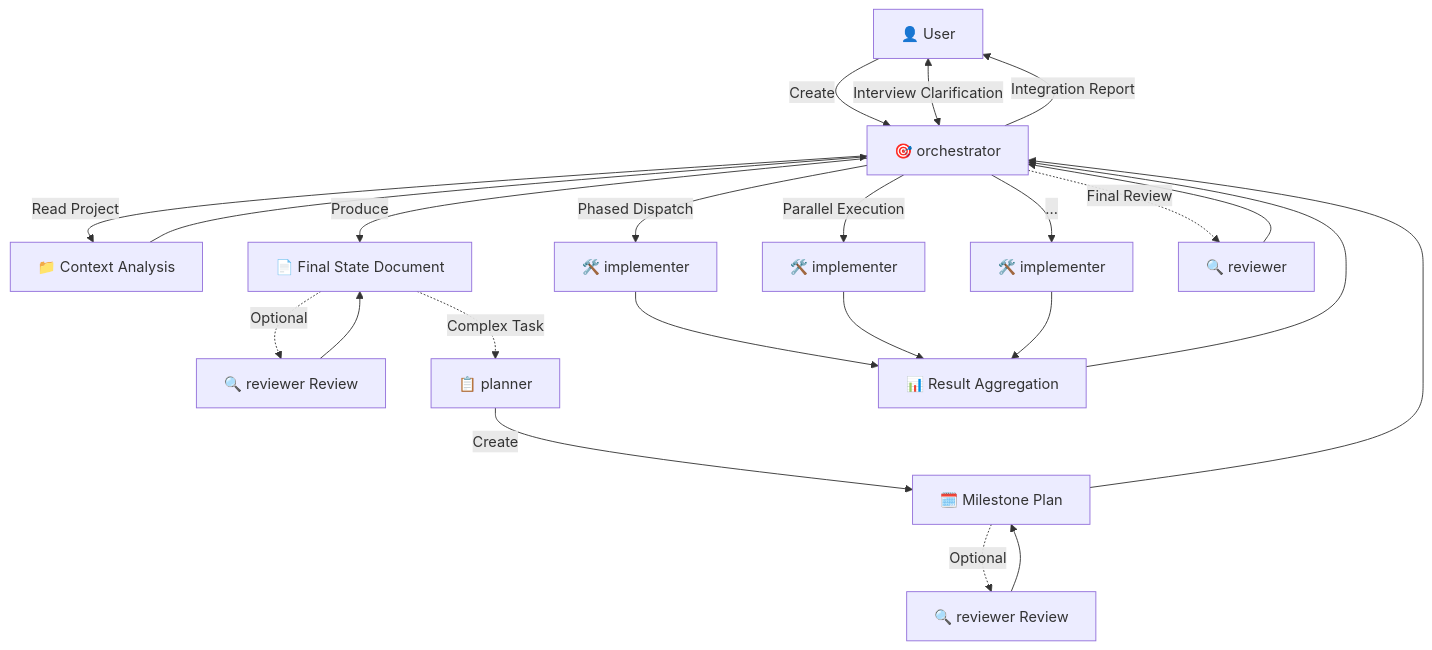
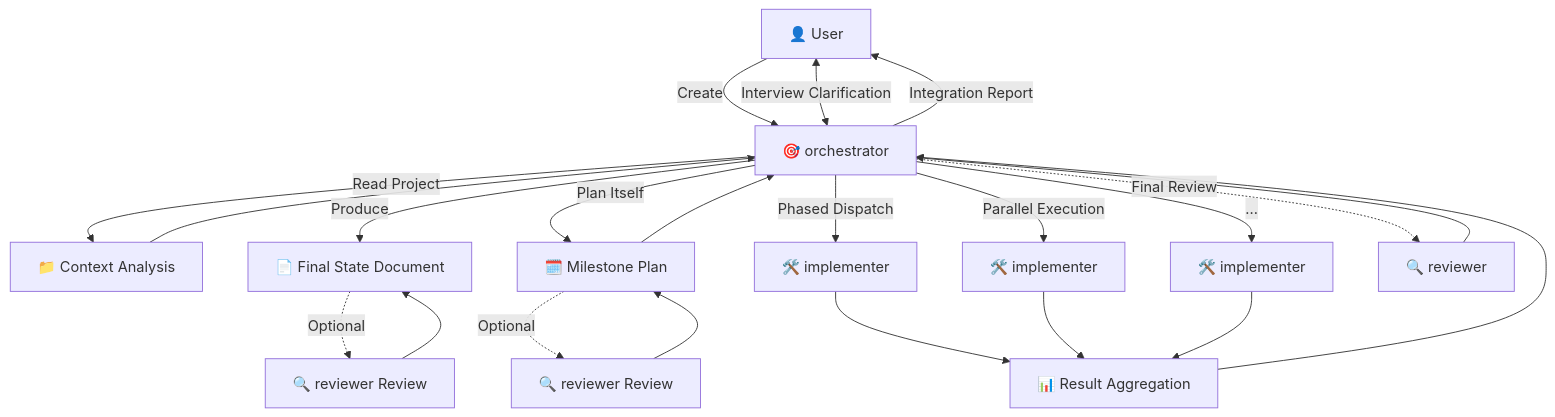
The second of 3 diagrams in README.md (MalachiteN/Mutsumi), drawn with Mermaid before and after one commit. The commit also changed other lines of this file and 15 other files, not shown here.

````diff
--- a/README.md
+++ b/README.md
@@ -162,32 +161,31 @@
 ```mermaid
 flowchart TD
     U[👤 User] -->|Create| O[🎯 orchestrator]
     O -->|Read Project| C[📁 Context Analysis]
     C --> O
     O <-->|Interview Clarification| U
     O -->|Produce| ESD[📄 Final State Document]
     
     ESD -.->|Optional| R1[🔍 reviewer Review]
     R1 --> ESD
     
-    ESD -.->|Complex Task| P[📋 planner]
-    P -->|Create| MP[🗓️ Milestone Plan]
+    O -->|Plan Itself| MP[🗓️ Milestone Plan]
     
     MP -.->|Optional| R2[🔍 reviewer Review]
     R2 --> MP
     
     MP --> O
     O -->|Phased Dispatch| I1[🛠️ implementer]
     O -->|Parallel Execution| I2[🛠️ implementer]
     O -->|...| I3[🛠️ implementer]
     
     I1 --> R[📊 Result Aggregation]
     I2 --> R
     I3 --> R
     R --> O
     
     O -.->|Final Review| R3[🔍 reviewer]
     R3 --> O
     
     O -->|Integration Report| U
 ```
````
